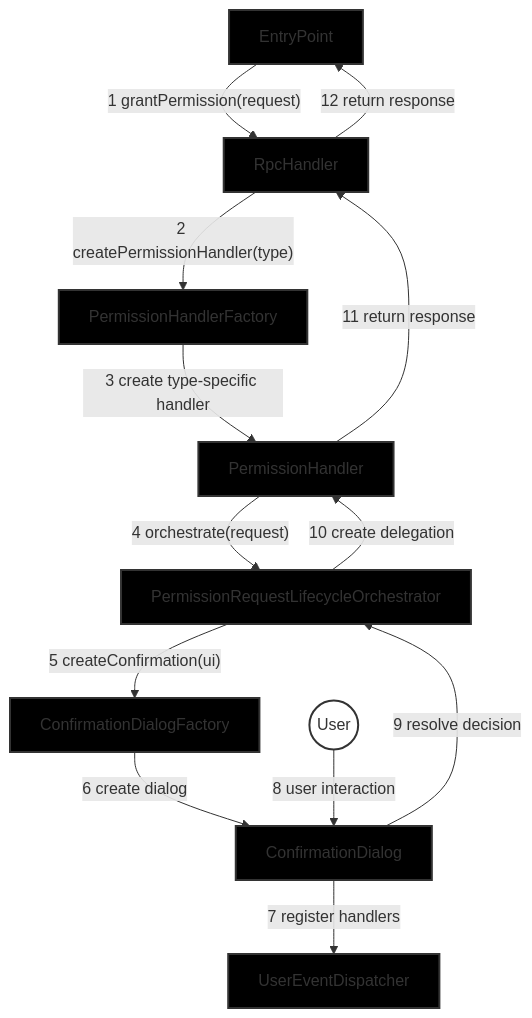
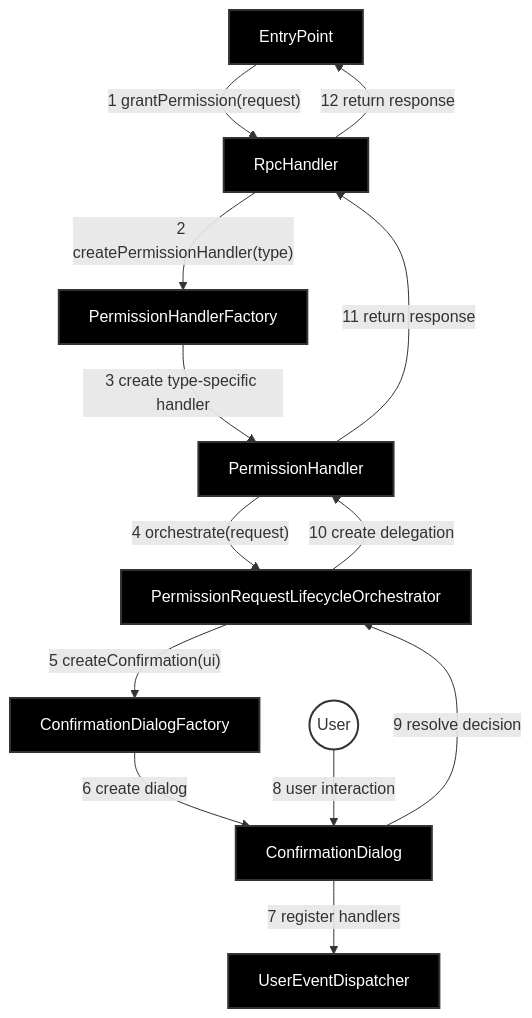
One commit to MetaMask/snap-7715-permissions changed the first of 2 diagrams in packages/gator-permissions-snap/docs/architecture.md. Above: the diagram before and after it, drawn with Mermaid.

Commit message:
style: update component class definition to include text color

````diff
--- a/packages/gator-permissions-snap/docs/architecture.md
+++ b/packages/gator-permissions-snap/docs/architecture.md
@@ -62,32 +62,32 @@
 ```mermaid
 graph TD
     EntryPoint[EntryPoint]
     RpcHandler[RpcHandler]
     PermissionHandlerFactory[PermissionHandlerFactory]
     PermissionHandler[PermissionHandler]
     PermissionRequestLifecycleOrchestrator[PermissionRequestLifecycleOrchestrator]
     ConfirmationDialogFactory[ConfirmationDialogFactory]
     ConfirmationDialog[ConfirmationDialog]
     UserEventDispatcher[UserEventDispatcher]
     User((User))
 
     %% Request Flow
     EntryPoint -->|"1 grantPermission(request)"| RpcHandler
     RpcHandler -->|"2 createPermissionHandler(type)"| PermissionHandlerFactory
     PermissionHandlerFactory -->|"3 create type-specific handler"| PermissionHandler
     PermissionHandler -->|"4 orchestrate(request)"| PermissionRequestLifecycleOrchestrator
     PermissionRequestLifecycleOrchestrator -->|"5 createConfirmation(ui)"| ConfirmationDialogFactory
     ConfirmationDialogFactory -->|"6 create dialog"| ConfirmationDialog
     ConfirmationDialog -->|"7 register handlers"| UserEventDispatcher
     User -->|"8 user interaction"| ConfirmationDialog
     ConfirmationDialog -->|"9 resolve decision"| PermissionRequestLifecycleOrchestrator
     PermissionRequestLifecycleOrchestrator -->|"10 create delegation"| PermissionHandler
     PermissionHandler -->|"11 return response"| RpcHandler
     RpcHandler -->|"12 return response"| EntryPoint
 
     %% Style
-    classDef component fill:#000,stroke:#333,stroke-width:2px;
+    classDef component fill:#000,stroke:#333,stroke-width:2px,color:#fff;
     classDef user fill:#fff,stroke:#333,stroke-width:2px;
     class EntryPoint,RpcHandler,PermissionHandlerFactory,PermissionHandler,PermissionRequestLifecycleOrchestrator,ConfirmationDialogFactory,ConfirmationDialog,UserEventDispatcher component;
     class User user;
 ```
````
